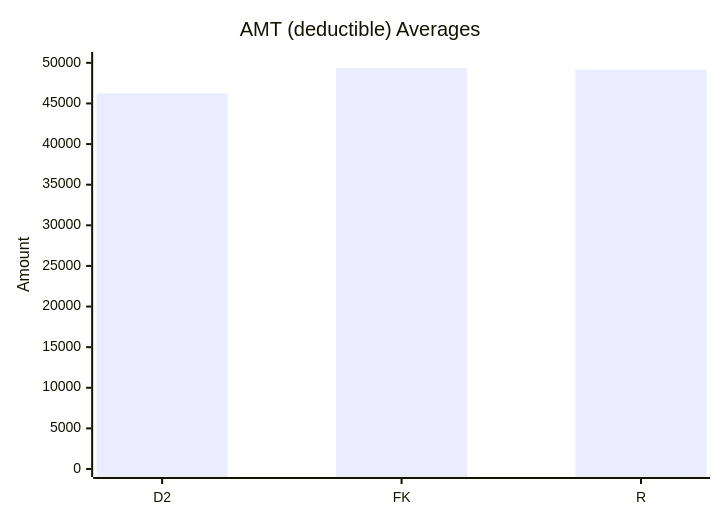
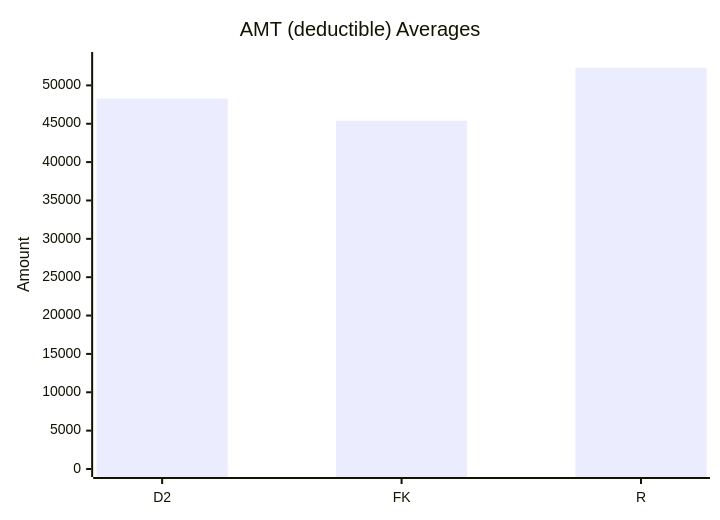
One commit to dhagan-va/intern-2025 changed the ninth of 10 diagrams in test-tools/DataGen/src/Statistics_Visualizer.md. Above: the diagram before and after it, drawn with Mermaid. The commit also changed other lines of this file and 3 other files, not shown here.

````diff
--- a/test-tools/DataGen/src/Statistics_Visualizer.md
+++ b/test-tools/DataGen/src/Statistics_Visualizer.md
@@ -96,7 +96,7 @@
 ```mermaid
 xychart-beta
     title "AMT (deductible) Averages"
     x-axis ["D2", "FK", "R"]
-    y-axis "Amount" 0 --> 50350.22080000001
-    bar [46243.449333333345, 49350.22080000001, 49166.688966666676]
+    y-axis "Amount" 0 --> 53308.04039603961
+    bar [48285.03960396042, 45396.09029702971, 52308.04039603961]
 ```
````
